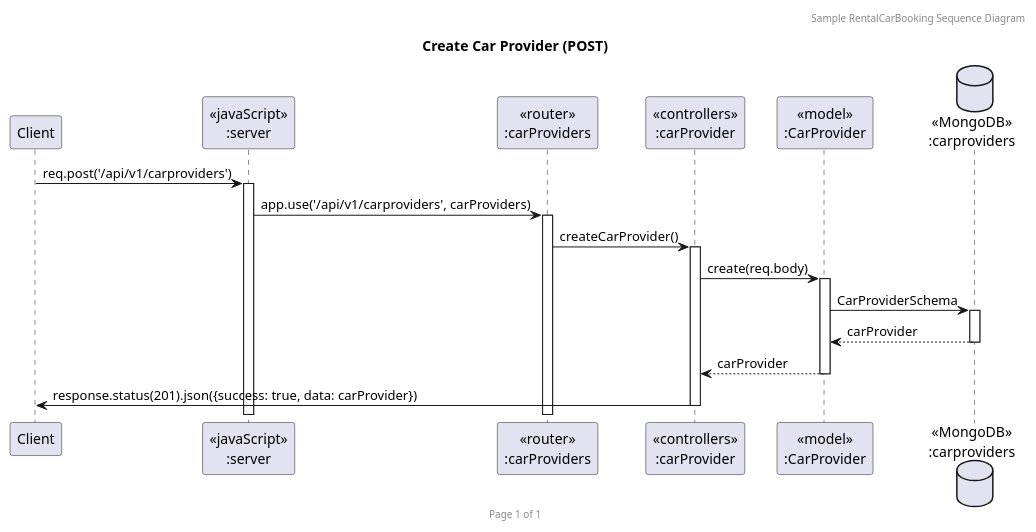
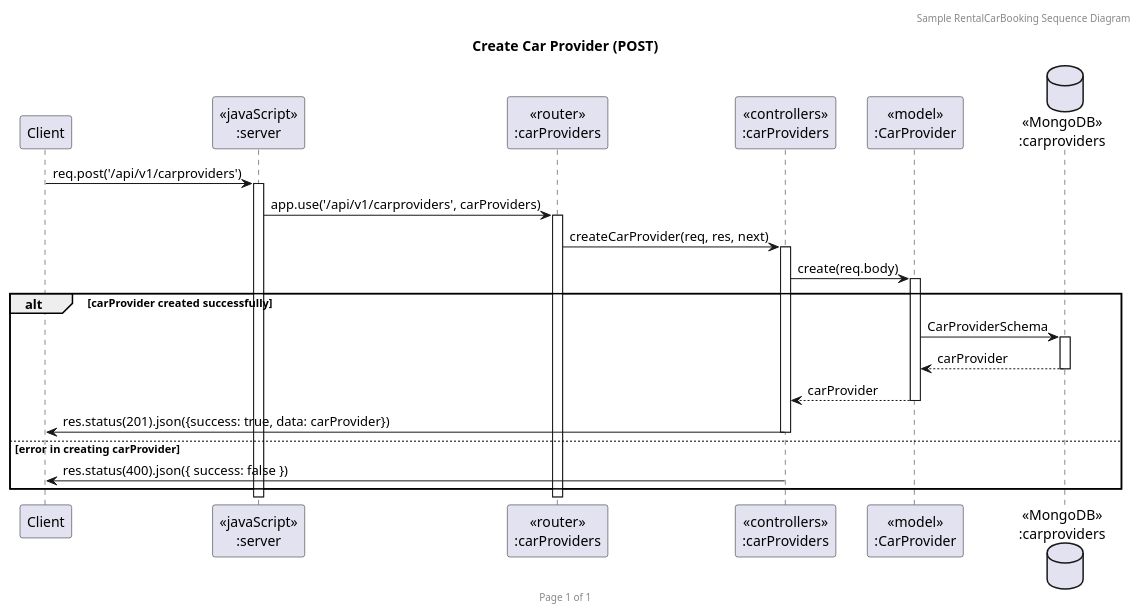
The diagram in UML/SequenceDiagram/CarProvider/createCarProvider.puml (2110503TACEDT66/presentation-day-1-yenkor), drawn with PlantUML before and after one commit. The commit also changed 4 other files, not shown here.

Commit message:
Modify car provider sequence diagram

```diff
--- a/UML/SequenceDiagram/CarProvider/createCarProvider.puml
+++ b/UML/SequenceDiagram/CarProvider/createCarProvider.puml
@@ -1,23 +1,29 @@
 @startuml Create Car Provider (POST)
 
 header Sample RentalCarBooking Sequence Diagram
 footer Page %page% of %lastpage%
 title "Create Car Provider (POST)"
 
 participant "Client" as client
 participant "<<javaScript>>\n:server" as server
 participant "<<router>>\n:carProviders" as routerCarProvider
-participant "<<controllers>>\n:carProvider" as controllersCarProvider
+participant "<<controllers>>\n:carProviders" as controllersCarProvider
 participant "<<model>>\n:CarProvider" as modelCarProvider
 database "<<MongoDB>>\n:carproviders" as CarProviderDatabase
 
+
 client->server ++:req.post('/api/v1/carproviders')
 server->routerCarProvider ++:app.use('/api/v1/carproviders', carProviders)
-routerCarProvider -> controllersCarProvider ++: createCarProvider()
+routerCarProvider -> controllersCarProvider ++: createCarProvider(req, res, next)
 controllersCarProvider->modelCarProvider ++: create(req.body)
-modelCarProvider ->CarProviderDatabase ++: CarProviderSchema
-CarProviderDatabase --> modelCarProvider --: carProvider
-controllersCarProvider <-- modelCarProvider --: carProvider
-controllersCarProvider->client --: response.status(201).json({success: true, data: carProvider})
+
+alt carProvider created successfully
+  modelCarProvider ->CarProviderDatabase ++: CarProviderSchema
+  CarProviderDatabase --> modelCarProvider --: carProvider
+  controllersCarProvider <-- modelCarProvider --: carProvider
+  controllersCarProvider->client --: res.status(201).json({success: true, data: carProvider})
+else error in creating carProvider
+  controllersCarProvider->client --: res.status(400).json({ success: false })
+end
 
 @enduml
```
